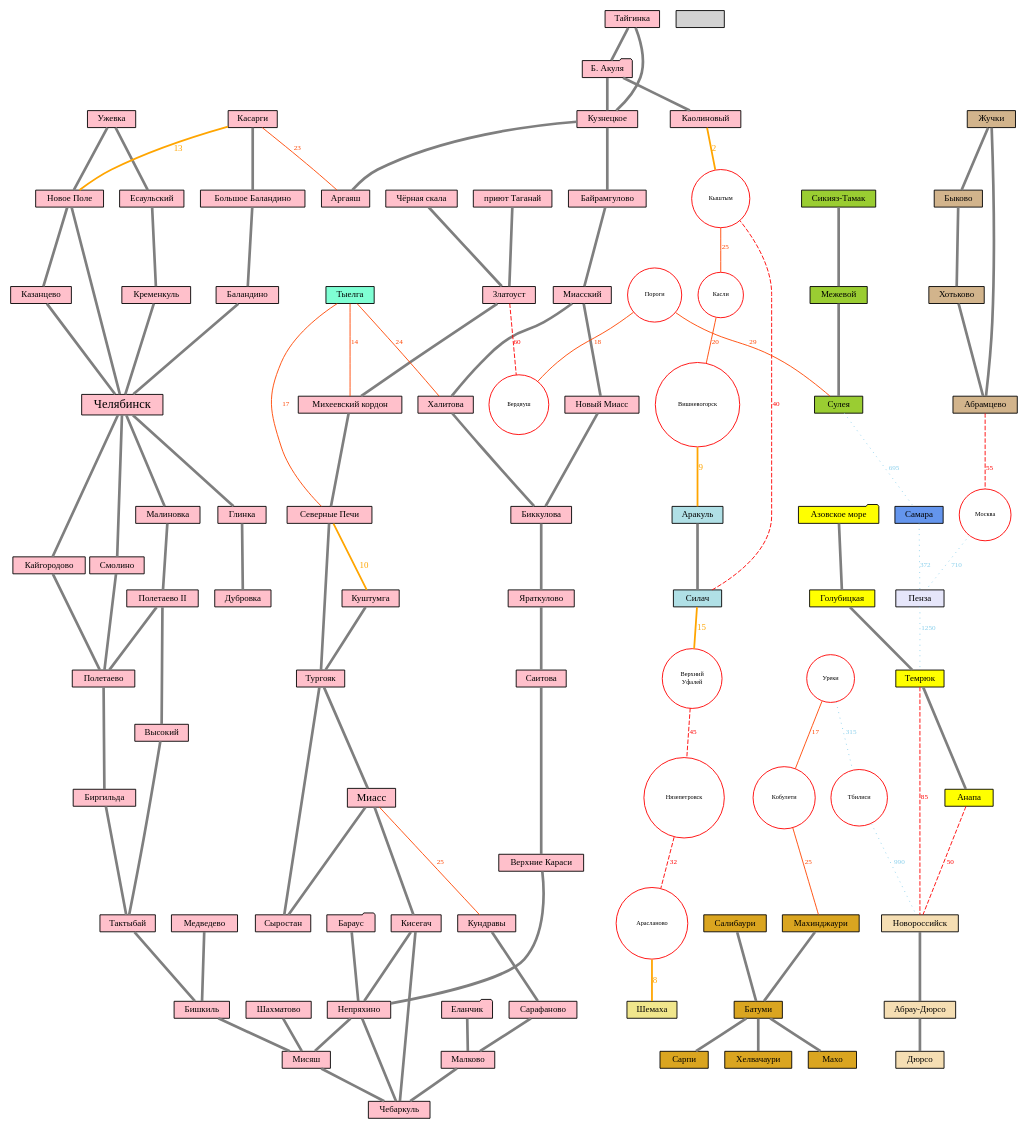
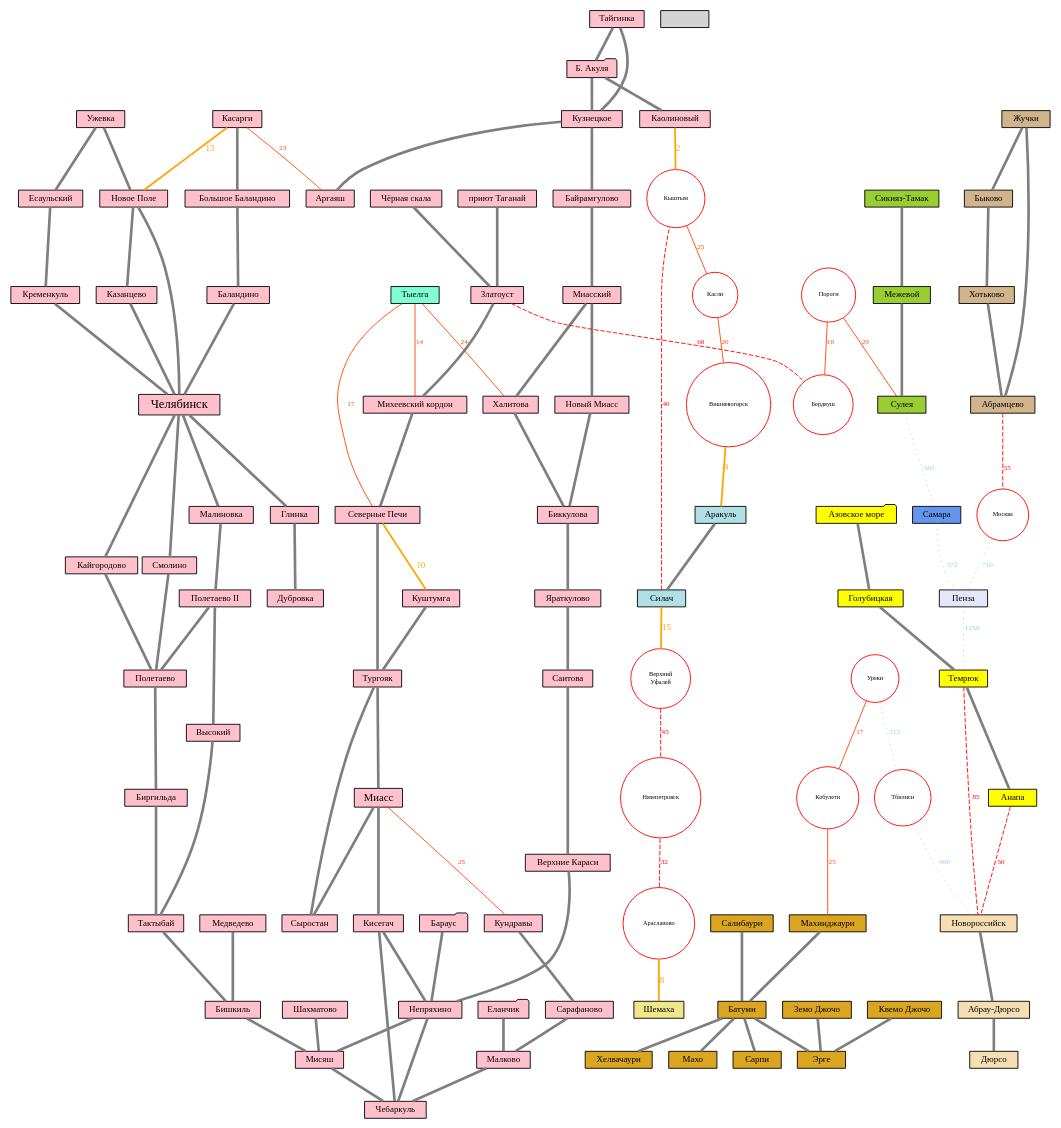
The diagram in bike-area.dot (shoorick/bike-area), drawn with Graphviz before and after one commit. The commit also changed 2 other files, not shown here.

Commit message:
Добавлены поездки из Батуми через Эрге в Квемо Джочо и Земо Джочо

```diff
--- a/bike-area.dot
+++ b/bike-area.dot
@@ -1,159 +1,161 @@
 graph G {
     node [ shape=box, fontsize=10, fontname="Droid Sans", style=filled, height=0.2 ]
     edge [ color=gray50, penwidth=3, fontname="Droid Sans" ]
     graph [ overlap=false ]
 
     subgraph main {
         node [ fillcolor=pink ]
         Челябинск [ fontsize=14 ]
 
         "Б. Акуля" [ shape=folder ]
         "Бараус"   [ shape=folder ]
         "Еланчик"  [ shape=folder ]
 
         Миасс [ fontsize=12 ]
         Челябинск -- Смолино -- Полетаево -- Биргильда -- Тактыбай -- Бишкиль -- Мисяш -- Чебаркуль
         Миасс -- Кисегач -- Чебаркуль
         Кисегач -- Непряхино -- Мисяш
         Шахматово -- Мисяш
         Медведево -- Бишкиль
         Челябинск -- Малиновка -- "Полетаево II" -- Высокий -- Тактыбай
         "Полетаево II" -- Полетаево
         "Б. Акуля" -- Кузнецкое -- Байрамгулово -- Миасский -- "Новый Миасс" -- Биккулова -- Яраткулово -- Саитова -- "Верхние Караси" -- Непряхино
         Кундравы -- Сарафаново -- Малково
         Бараус -- Непряхино -- Чебаркуль
         Миасский -- Халитова -- Биккулова
         Еланчик -- Малково -- Чебаркуль
         Тайгинка -- "Б. Акуля" -- Каолиновый
         Тайгинка -- Кузнецкое -- Аргаяш
         Челябинск -- Кайгородово -- Полетаево
         Ужевка -- Есаульский -- Кременкуль -- Челябинск
         Касарги -- "Большое Баландино" -- Баландино -- Челябинск
         "Чёрная скала" -- Златоуст -- "Михеевский кордон" -- "Северные Печи"
         "приют Таганай" -- Златоуст
         "Северные Печи" -- Тургояк -- Миасс -- Сыростан
         Куштумга -- Тургояк -- Сыростан
         Ужевка -- "Новое Поле" -- Казанцево -- Челябинск
         "Новое Поле" -- Челябинск
         Челябинск -- Глинка -- Дубровка
     }
 
     subgraph north {
         node [ fillcolor=powderblue ]
 
         Аракуль -- Силач
     }
 
     subgraph penza {
         node [ fillcolor=lavender ]
 
         Пенза
     }
 
     subgraph samara {
         node [ fillcolor=cornflowerblue ]
 
         Самара
     }
 
     subgraph shemakha {
         node [ fillcolor=khaki ]
 
         Шемаха
     }
 
     subgraph ai {
         node [ fillcolor=yellowgreen ]
 
         "Сикияз-Тамак" -- Межевой -- Сулея
     }
 
     subgraph south1 {
         node [ fillcolor=yellow ]
         "Азовское море" [ shape=folder ]
         "Азовское море" -- Голубицкая -- Темрюк -- Анапа
     }
 
     subgraph south2 {
         node [ fillcolor=wheat ]
 
         Новороссийск -- "Абрау-Дюрсо" -- Дюрсо
     }
 
     subgraph georgia {
         node [ fillcolor=goldenrod ]
 
         Махинджаури -- Батуми -- Сарпи
         Салибаури -- Батуми -- Хелвачаури
         Батуми -- Махо
+        Батуми -- Эрге
+        { "Квемо Джочо" "Земо Джочо" } -- Эрге
     }
 
     subgraph tyelga {
         node [ fillcolor=aquamarine ]
 
         Тыелга
     }
 
     subgraph zhuchki {
         node [ fillcolor=tan ]
 
         Жучки -- Абрамцево
         Жучки -- Быково -- Хотьково -- Абрамцево
     }
 
     subgraph failed_cities {
         node [ shape="circle",fillcolor="white",color="red",fontsize=7, height=0.1 ]
         Кыштым Касли Пороги Бердяуш Вишневогорск
         Арасланово Нязепетровск "Верхний\nУфалей"
         Москва
         Кобулети Уреки Тбилиси
     }
 
     subgraph failed {
 
         // Ближайшие — можно пройти за час
         edge [ color=orange, fontcolor=orange, fontsize=10, penwidth=2 ]
         Каолиновый -- Кыштым [ label=2 ]
         Вишневогорск -- Аракуль  [ label=9 ]
         "Северные Печи" -- Куштумга [ label=10 ]
         Касарги -- "Новое Поле" [ label=13 ]
         Силач -- "Верхний\nУфалей" [ label=15 ]
         Арасланово -- Шемаха [ label=8 ]
 
         // Ближние
         edge [ color=orangered, fontcolor=orangered, fontsize=8, penwidth=1 ]
         Пороги -- Бердяуш [ label=18 ]
         Миасс -- Кундравы [ label=25 ]
         Касарги -- Аргаяш [ label=23 ]
         Пороги -- Сулея  [ label=29 ]
         Кыштым -- Касли  [ label=25 ]
         Касли -- Вишневогорск [ label=20]
         Тыелга -- "Михеевский кордон" [ label=14 ]
         Тыелга -- "Северные Печи" [ label=17 ]
         Тыелга -- Халитова [ label=24 ]
         Уреки -- Кобулети [ label=17 ]
         Кобулети -- Махинджаури [ label=25 ]
 
         // Средние — можно пройти за день
         edge [ color=red, fontcolor=red, style="dashed" ]
         Силач -- Кыштым  [ label=40 ]
         Анапа -- Новороссийск [ label=50 ]
         Златоуст -- Бердяуш [ label=60 ]
         Нязепетровск -- Арасланово [ label=32 ]
         "Верхний\nУфалей" -- Нязепетровск [ label=45 ]
         Абрамцево -- Москва [ label=55 ]
         Темрюк -- Новороссийск [ label=85 ]
 
         // Дальние (от 100 км)
         edge [ color=plum, fontcolor=plum, style="dotted" ]
 
         // Самые дальние — нереально проехать
         edge [ color=skyblue, fontcolor=skyblue ]
         Уреки -- Тбилиси [ label=315 ]
         Самара -- Пенза [ label=372 ]
         Москва -- Пенза [ label=710 ]
         Сулея -- Самара [ label=695 ]
         Пенза -- Темрюк [ label=1250 ]
         Тбилиси -- Новороссийск [ label=990 ]
     }
 }
```
